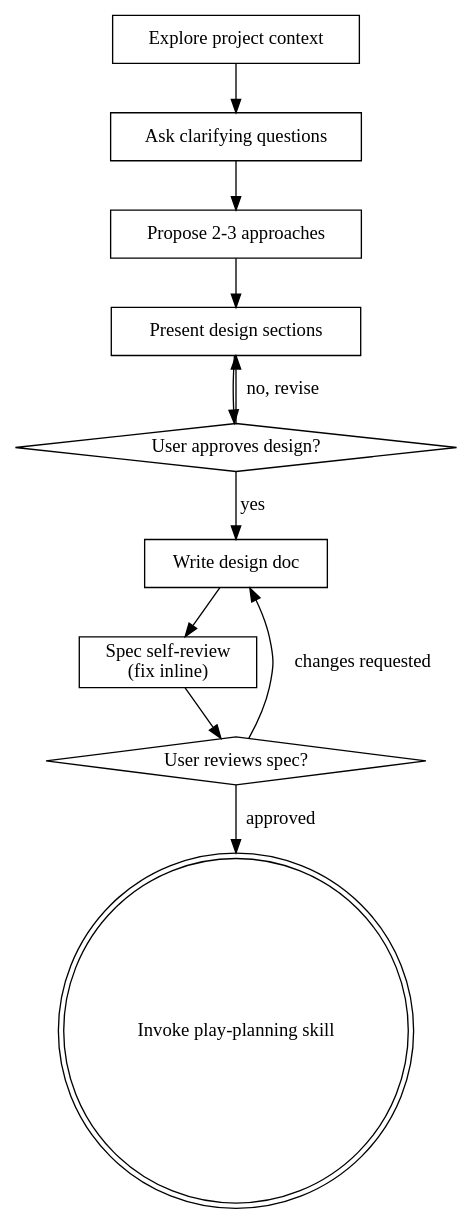
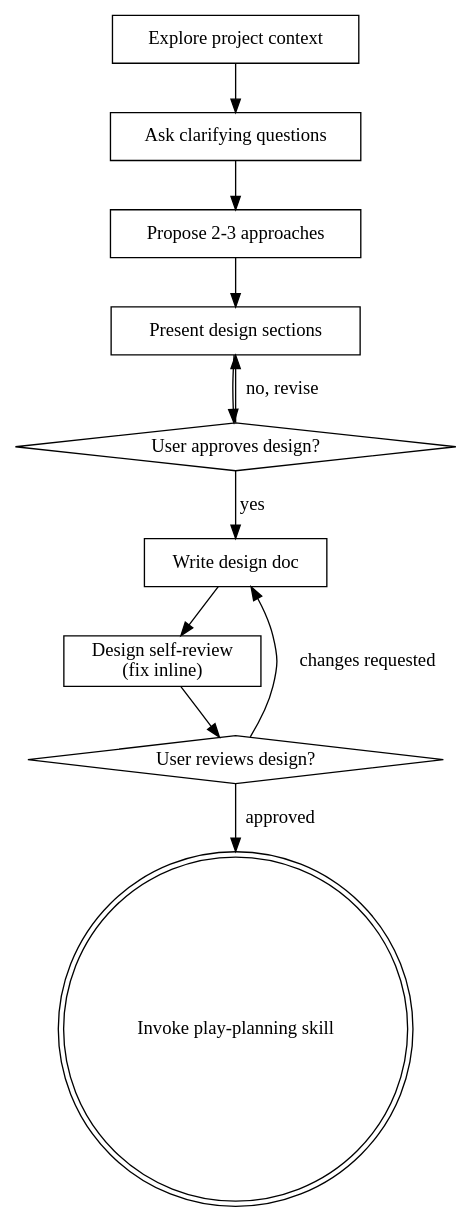
Before and after one commit to ryumiel/devcanon: the diagram in skills/play-brainstorm/SKILL.md, drawn with Graphviz. The commit also changed other lines of this file and 4 other files, not shown here.

First line of the commit message:
refactor(skills): consolidate output paths to .ephemeral/, rename spec→design

````diff
--- a/skills/play-brainstorm/SKILL.md
+++ b/skills/play-brainstorm/SKILL.md
@@ -35,24 +35,24 @@
 ```dot
 digraph brainstorming {
     "Explore project context" [shape=box];
     "Ask clarifying questions" [shape=box];
     "Propose 2-3 approaches" [shape=box];
     "Present design sections" [shape=box];
     "User approves design?" [shape=diamond];
     "Write design doc" [shape=box];
-    "Spec self-review\n(fix inline)" [shape=box];
-    "User reviews spec?" [shape=diamond];
+    "Design self-review\n(fix inline)" [shape=box];
+    "User reviews design?" [shape=diamond];
     "Invoke play-planning skill" [shape=doublecircle];
 
     "Explore project context" -> "Ask clarifying questions";
     "Ask clarifying questions" -> "Propose 2-3 approaches";
     "Propose 2-3 approaches" -> "Present design sections";
     "Present design sections" -> "User approves design?";
     "User approves design?" -> "Present design sections" [label="no, revise"];
     "User approves design?" -> "Write design doc" [label="yes"];
-    "Write design doc" -> "Spec self-review\n(fix inline)";
-    "Spec self-review\n(fix inline)" -> "User reviews spec?";
-    "User reviews spec?" -> "Write design doc" [label="changes requested"];
-    "User reviews spec?" -> "Invoke play-planning skill" [label="approved"];
+    "Write design doc" -> "Design self-review\n(fix inline)";
+    "Design self-review\n(fix inline)" -> "User reviews design?";
+    "User reviews design?" -> "Write design doc" [label="changes requested"];
+    "User reviews design?" -> "Invoke play-planning skill" [label="approved"];
 }
 ```
````
